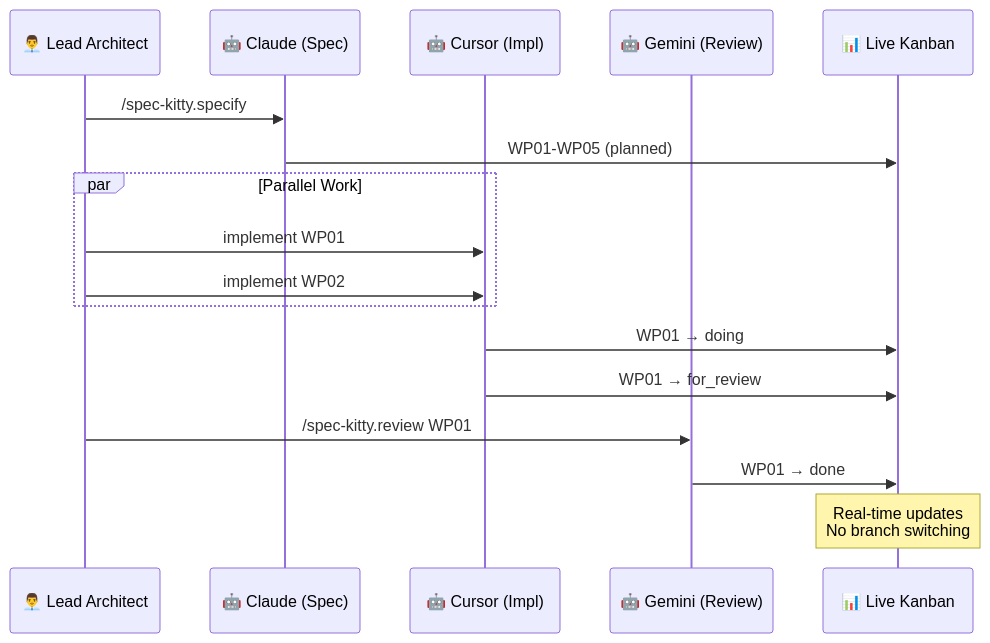
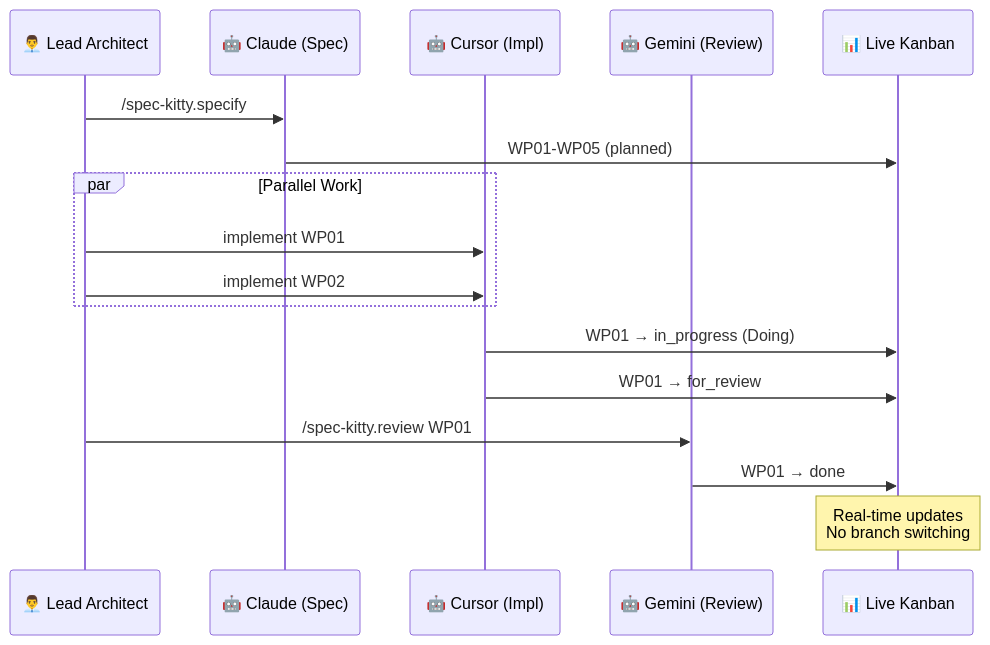
The second of 4 diagrams in README.md (Priivacy-ai/spec-kitty), drawn with Mermaid before and after one commit. The commit also changed other lines of this file and 165 other files, not shown here.

First line of the commit message:
docs(architecture): restructure and expand architecture corpus for 2.x

````diff
--- a/README.md
+++ b/README.md
@@ -133,23 +147,23 @@
 ```mermaid
 sequenceDiagram
     participant Lead as 👨‍💼 Lead Architect
     participant Claude as 🤖 Claude (Spec)
     participant Cursor as 🤖 Cursor (Impl)
     participant Gemini as 🤖 Gemini (Review)
     participant Dashboard as 📊 Live Kanban
 
     Lead->>Claude: /spec-kitty.specify
     Claude->>Dashboard: WP01-WP05 (planned)
 
     par Parallel Work
         Lead->>Cursor: implement WP01
         Lead->>Cursor: implement WP02
     end
 
-    Cursor->>Dashboard: WP01 → doing
+    Cursor->>Dashboard: WP01 → in_progress (Doing)
     Cursor->>Dashboard: WP01 → for_review
     Lead->>Gemini: /spec-kitty.review WP01
     Gemini->>Dashboard: WP01 → done
 
     Note over Dashboard: Real-time updates<br/>No branch switching
 ```
````
